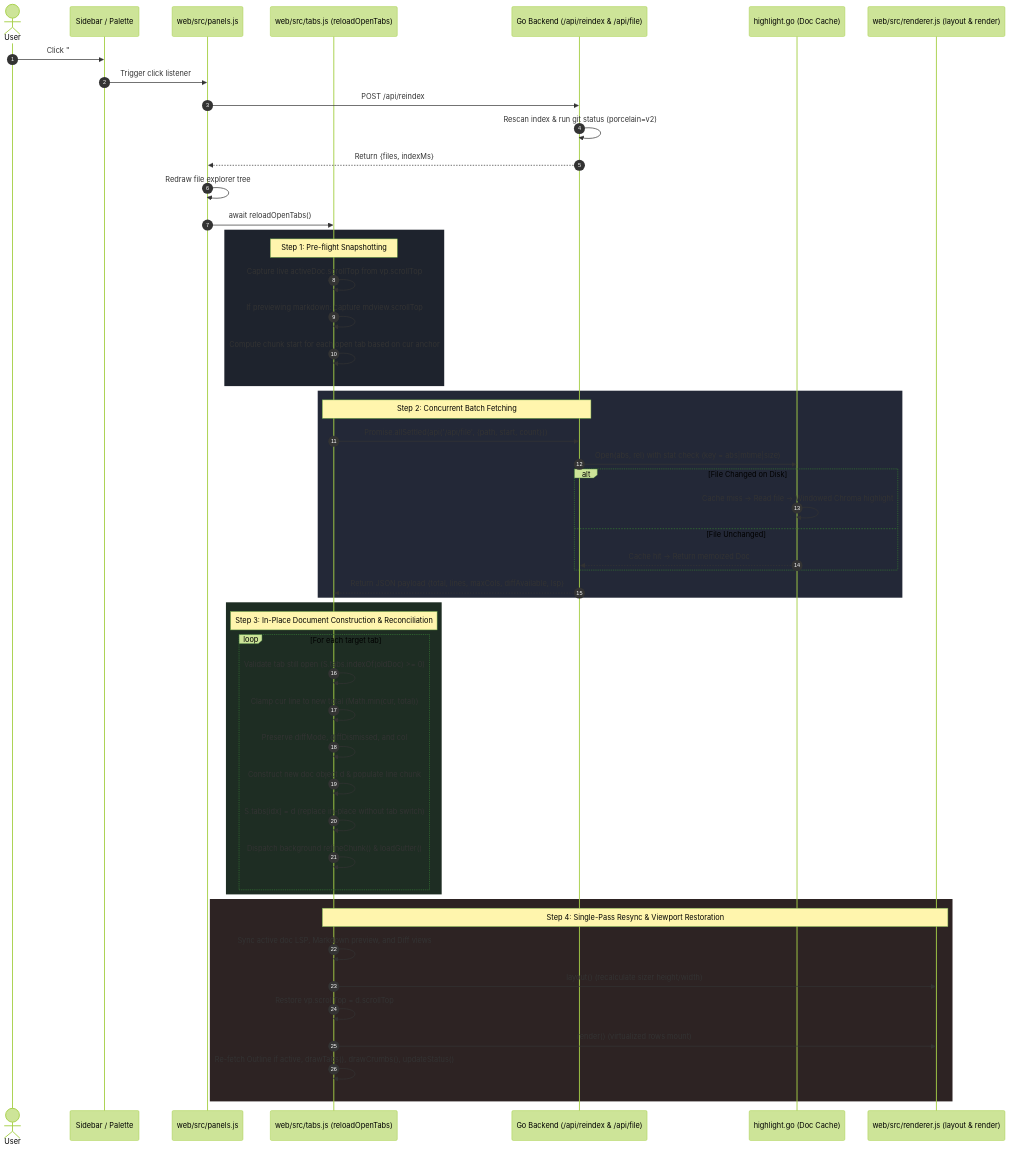
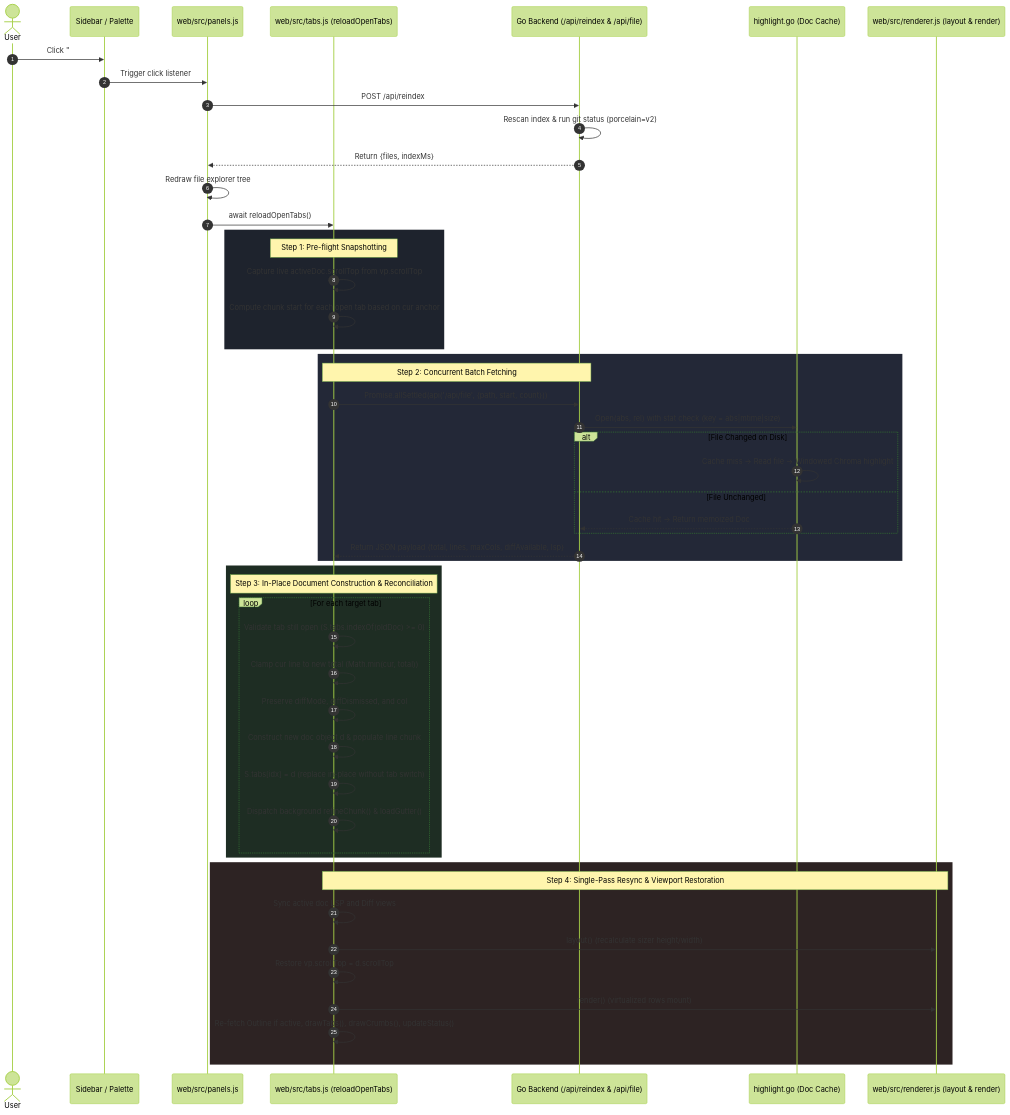
Before and after one commit to kedarvartak/px1: the diagram in docs/internals/file-reload-and-updates.md, drawn with Mermaid (forest theme). The commit also changed other lines of this file and 26 other files, not shown here.

Commit message:
Remove Markdown preview from review surface

````diff
--- a/docs/internals/file-reload-and-updates.md
+++ b/docs/internals/file-reload-and-updates.md
@@ -30,59 +30,58 @@
 ```mermaid
 sequenceDiagram
     autonumber
     actor User
     participant UI as Sidebar / Palette
     participant Panels as web/src/panels.js
     participant Tabs as web/src/tabs.js (reloadOpenTabs)
     participant Server as Go Backend (/api/reindex & /api/file)
     participant Cache as highlight.go (Doc Cache)
     participant Renderer as web/src/renderer.js (layout & render)
 
     User->>UI: Click "#btn-reindex" or run Palette command
     UI->>Panels: Trigger click listener
     Panels->>Server: POST /api/reindex
     Server->>Server: Rescan index & run git status (porcelain=v2)
     Server-->>Panels: Return {files, indexMs}
     Panels->>Panels: Redraw file explorer tree
     Panels->>Tabs: await reloadOpenTabs()
 
     rect rgb(30, 35, 45)
         note over Tabs: Step 1: Pre-flight Snapshotting
         Tabs->>Tabs: Capture live activeDoc.scrollTop from vp.scrollTop
-        Tabs->>Tabs: If previewing markdown: capture mdview.scrollTop
         Tabs->>Tabs: Compute chunk start for each open tab based on cur anchor
     end
 
     rect rgb(35, 40, 55)
         note over Tabs,Server: Step 2: Concurrent Batch Fetching
         Tabs->>Server: Promise.allSettled(api('/api/file', {path, start, count}))
         Server->>Cache: Open(abs, rel) with stat check (key = abs|mtime|size)
         alt File Changed on Disk
             Cache->>Cache: Cache miss -> Read file -> Windowed Chroma highlight
         else File Unchanged
             Cache-->>Server: Cache hit -> Return memoized Doc
         end
         Server-->>Tabs: Return JSON payload {total, lines, maxCols, diffAvailable, lsp}
     end
 
     rect rgb(30, 45, 35)
         note over Tabs: Step 3: In-Place Document Construction & Reconciliation
         loop For each target tab
             Tabs->>Tabs: Validate tab still open (S.tabs.indexOf(oldDoc) >= 0)
             Tabs->>Tabs: Clamp cur line to new total (Math.min(cur, total))
             Tabs->>Tabs: Preserve diffMode, diffDismissed, and col
             Tabs->>Tabs: Construct new doc object d & populate line chunk
             Tabs->>Tabs: S.tabs[idx] = d (replace in-place without tab switch)
             Tabs->>Tabs: Dispatch background refineChunk() & loadGutter()
         end
     end
 
     rect rgb(45, 35, 35)
         note over Tabs,Renderer: Step 4: Single-Pass Resync & Viewport Restoration
-        Tabs->>Tabs: Sync active doc LSP, Markdown preview, and Diff views
+        Tabs->>Tabs: Sync active doc LSP and Diff views
         Tabs->>Renderer: layout() (recalculate sizer height/width)
         Tabs->>Tabs: Restore vp.scrollTop = d.scrollTop
         Tabs->>Renderer: render() (virtualized rows mount)
         Tabs->>Tabs: Re-fetch Outline if active, drawTabs(), drawCrumbs(), updateStatus()
     end
 ```
````
